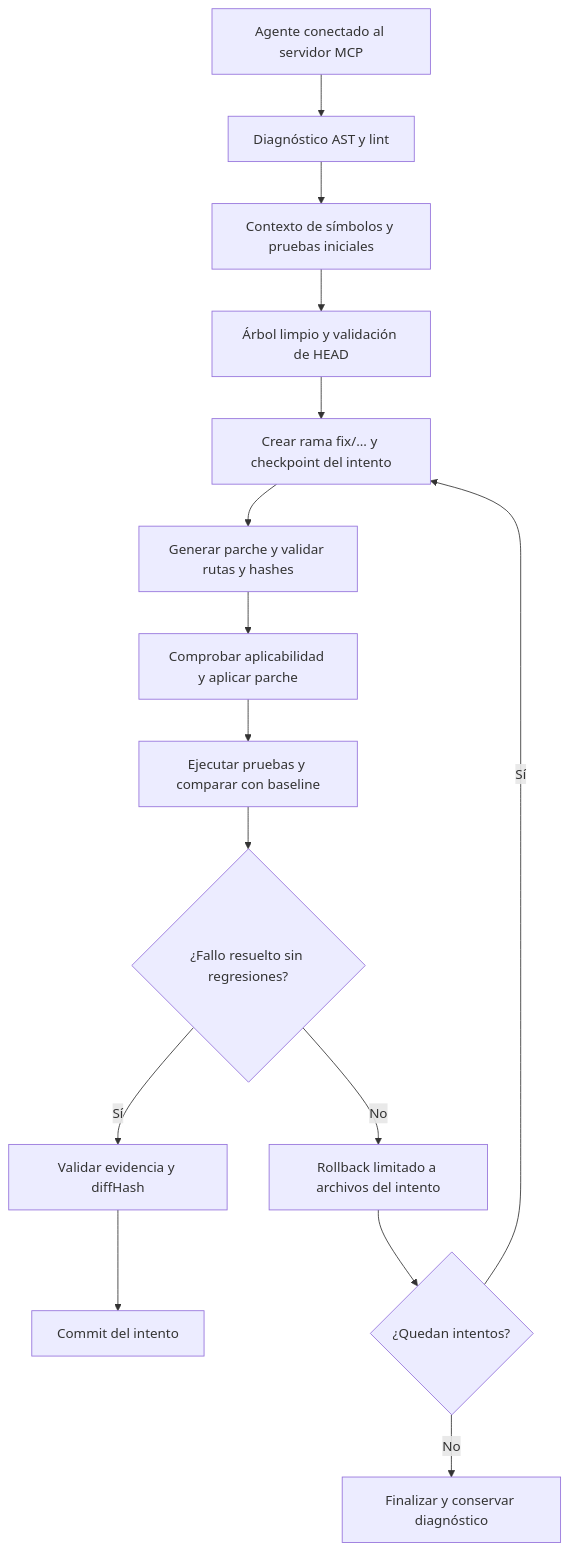
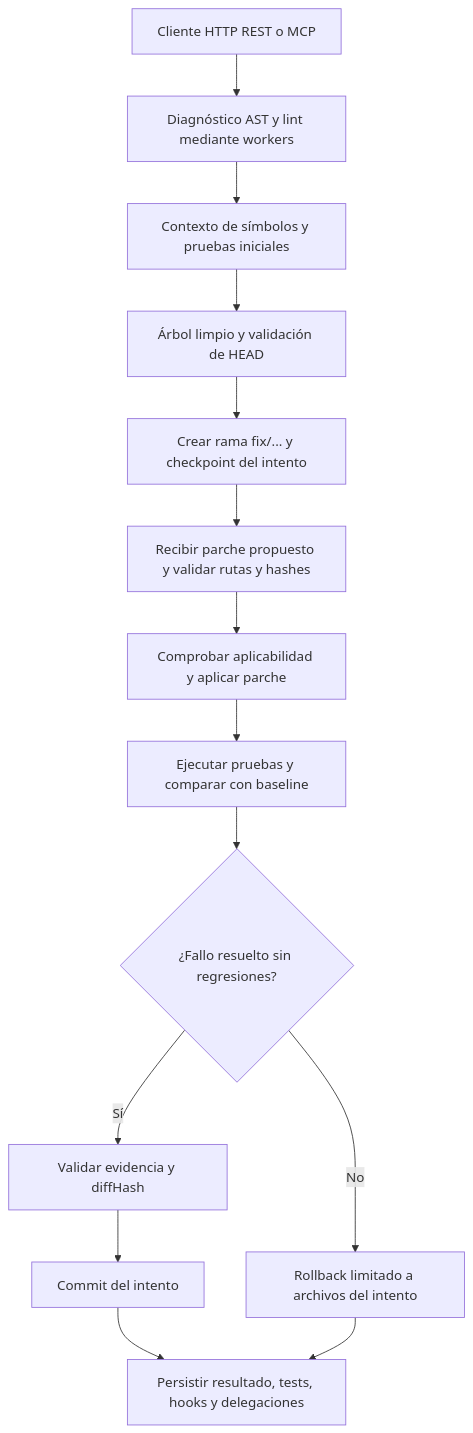
The diagram in README.md (LuisMI2005-sudo/ProyectoCertiIA), drawn with Mermaid before and after one commit. The commit also changed other lines of this file and 15 other files, not shown here.

````diff
--- a/README.md
+++ b/README.md
@@ -70,17 +71,16 @@
 ```mermaid
 flowchart TD
-    A[Agente conectado al servidor MCP] --> B[Diagnóstico AST y lint]
+    A[Cliente HTTP REST o MCP] --> B[Diagnóstico AST y lint mediante workers]
     B --> C[Contexto de símbolos y pruebas iniciales]
     C --> D[Árbol limpio y validación de HEAD]
     D --> E[Crear rama fix/... y checkpoint del intento]
-    E --> F[Generar parche y validar rutas y hashes]
+    E --> F[Recibir parche propuesto y validar rutas y hashes]
     F --> G[Comprobar aplicabilidad y aplicar parche]
     G --> H[Ejecutar pruebas y comparar con baseline]
     H --> I{¿Fallo resuelto sin regresiones?}
     I -->|Sí| J[Validar evidencia y diffHash]
     J --> K[Commit del intento]
     I -->|No| L[Rollback limitado a archivos del intento]
-    L --> M{¿Quedan intentos?}
-    M -->|Sí| E
-    M -->|No| N[Finalizar y conservar diagnóstico]
+    K --> N[Persistir resultado, tests, hooks y delegaciones]
+    L --> N
 ```
````
